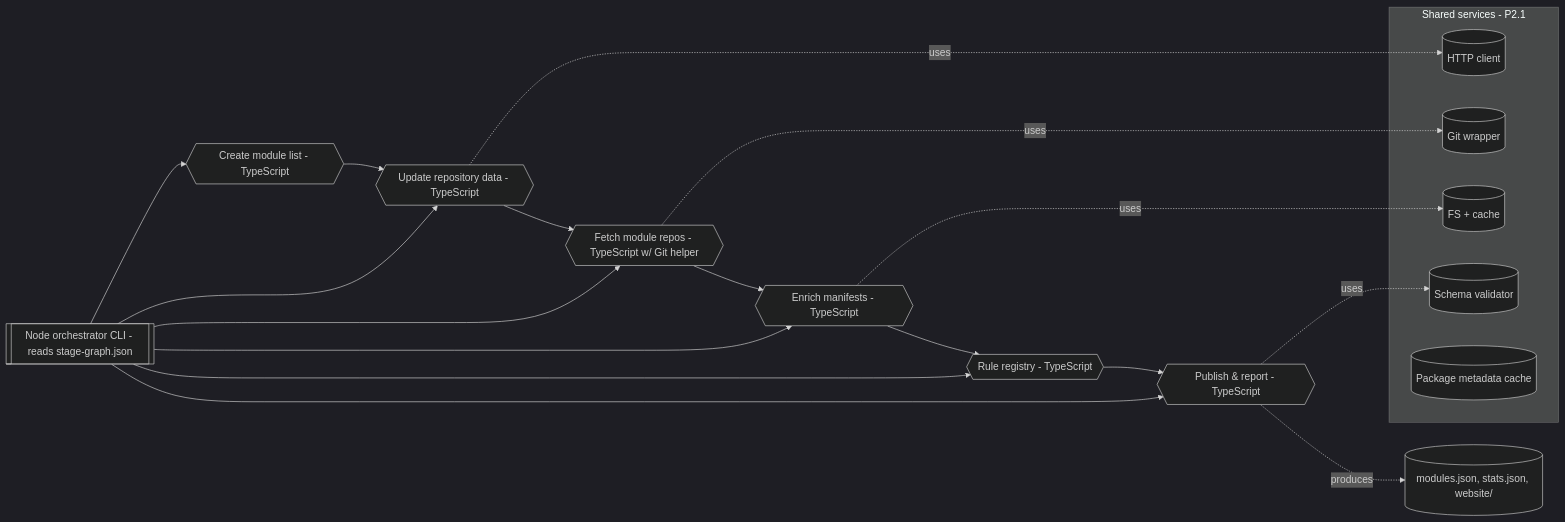
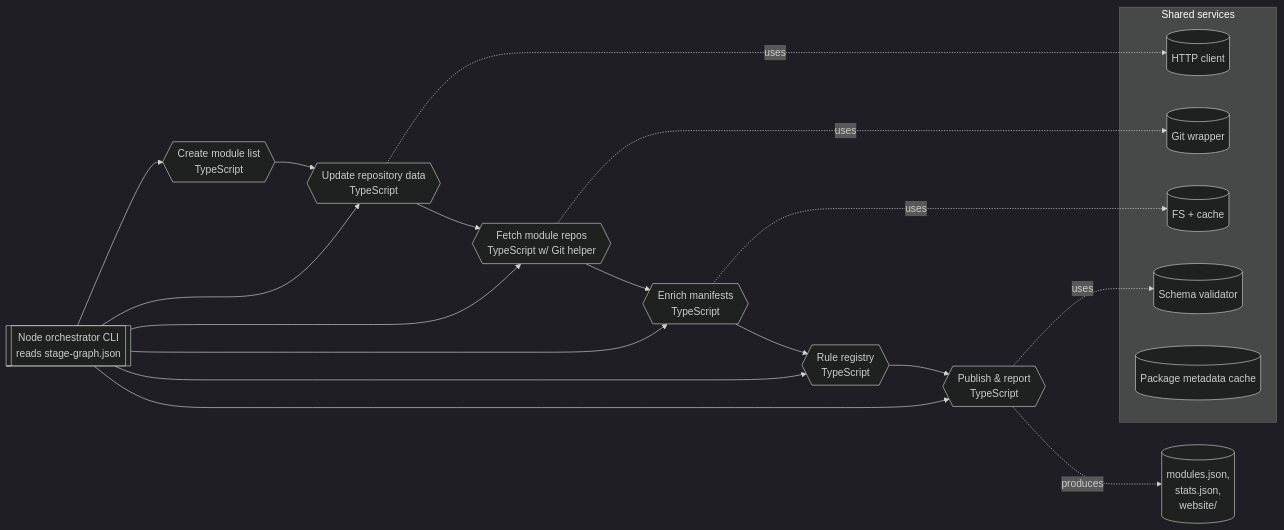
Before and after one commit to KristjanESPERANTO/MagicMirror-3rd-Party-Modules: the third of 3 diagrams in docs/architecture.md, drawn with Mermaid (dark theme). The commit also changed other lines of this file, not shown here.

Commit message:
fix(docs): improve readability of architecture diagrams with line breaks

````diff
--- a/docs/architecture.md
+++ b/docs/architecture.md
@@ -75,23 +75,23 @@
 ```mermaid
 flowchart LR
-  orchestrator[[Node orchestrator CLI - reads stage-graph.json]]
-  orchestrator --> createTS{{Create module list - TypeScript}}
-  orchestrator --> repoDataTS{{Update repository data - TypeScript}}
-  orchestrator --> fetchTS{{Fetch module repos - TypeScript w/ Git helper}}
-  orchestrator --> enrichTS{{Enrich manifests - TypeScript}}
-  orchestrator --> checksJS{{Rule registry - TypeScript}}
-  orchestrator --> publishTS{{Publish & report - TypeScript}}
-  subgraph Shared services  - P2.1
+  orchestrator[[Node orchestrator CLI<br>reads stage-graph.json]]
+  orchestrator --> createTS{{Create module list<br>TypeScript}}
+  orchestrator --> repoDataTS{{Update repository data<br>TypeScript}}
+  orchestrator --> fetchTS{{Fetch module repos<br>TypeScript w/ Git helper}}
+  orchestrator --> enrichTS{{Enrich manifests<br>TypeScript}}
+  orchestrator --> checksJS{{Rule registry<br>TypeScript}}
+  orchestrator --> publishTS{{Publish & report<br>TypeScript}}
+  subgraph Shared services
     http[(HTTP client)]
     git[(Git wrapper)]
     fs[(FS + cache)]
     schema[(Schema validator)]
     pkg[(Package metadata cache)]
   end
   createTS --> repoDataTS --> fetchTS --> enrichTS --> checksJS --> publishTS
   fetchTS -.uses.-> git
   repoDataTS -.uses.-> http
   publishTS -.uses.-> schema
   enrichTS -.uses.-> fs
-  publishTS -.produces.-> public[(modules.json, stats.json, website/)]
+  publishTS -.produces.-> public[(modules.json,<br>stats.json,<br>website/)]
 ```
````
